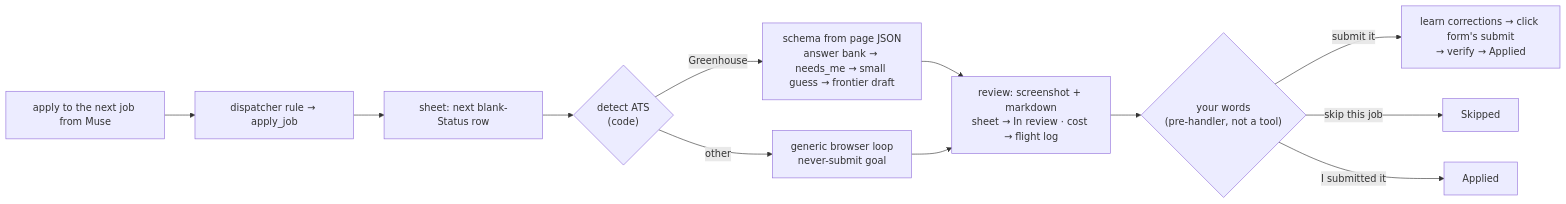
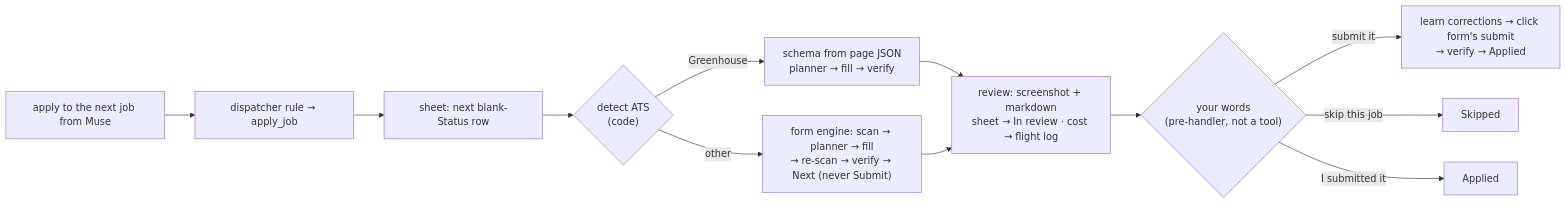
The ninth of 10 diagrams in ARCHITECTURE.md (Bhanu1299/Aria), drawn with Mermaid before and after one commit. The commit also changed other lines of this file and 18 other files, not shown here.

````diff
--- a/ARCHITECTURE.md
+++ b/ARCHITECTURE.md
@@ -374,13 +374,13 @@
 ```mermaid
 flowchart LR
     V["apply to the next job from Muse"] --> R["dispatcher rule → apply_job"]
     R --> S["sheet: next blank-Status row"]
     S --> D{"detect ATS<br/>(code)"}
-    D -->|Greenhouse| G["schema from page JSON<br/>answer bank → needs_me → small guess → frontier draft"]
-    D -->|other| C["generic browser loop<br/>never-submit goal"]
+    D -->|Greenhouse| G["schema from page JSON<br/>planner → fill → verify"]
+    D -->|other| C["form engine: scan → planner → fill<br/>→ re-scan → verify → Next (never Submit)"]
     G & C --> RV["review: screenshot + markdown<br/>sheet → In review · cost → flight log"]
     RV --> U{"your words<br/>(pre-handler, not a tool)"}
     U -->|submit it| SB["learn corrections → click form's submit<br/>→ verify → Applied"]
     U -->|skip this job| SK["Skipped"]
     U -->|I submitted it| SB2["Applied"]
 ```
````
